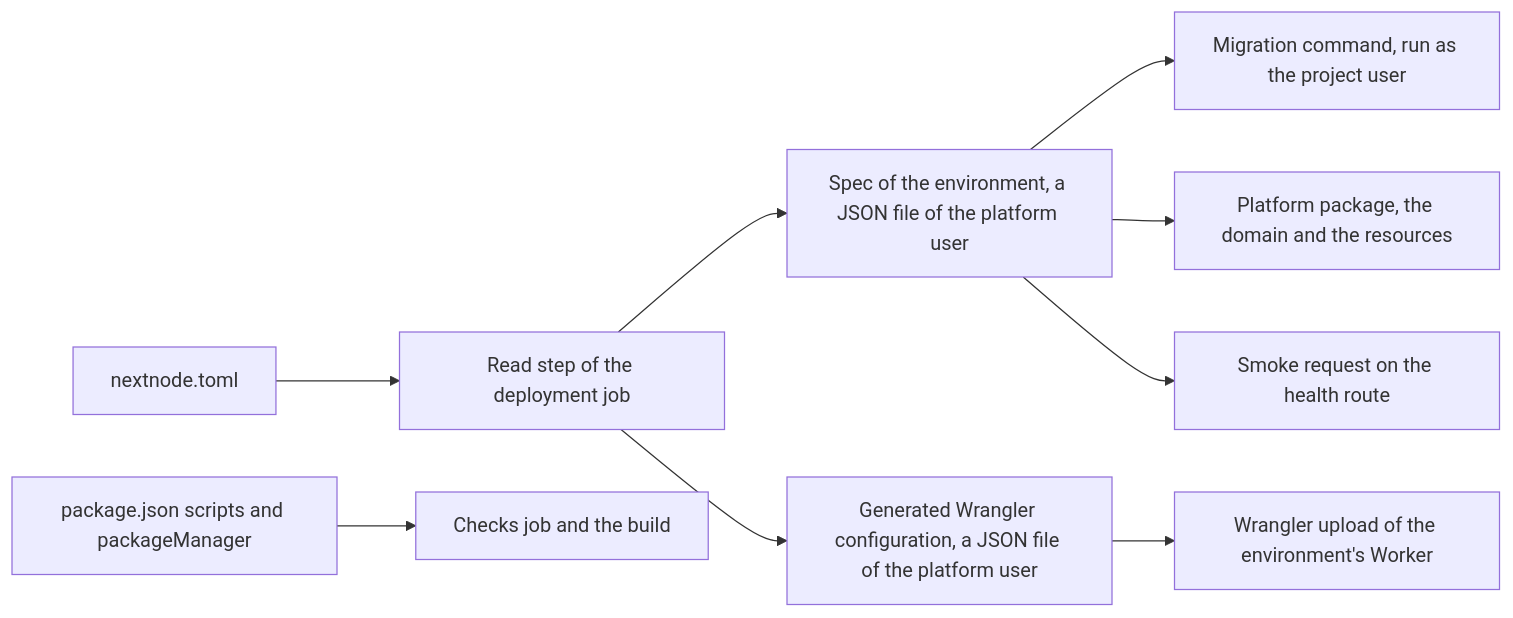
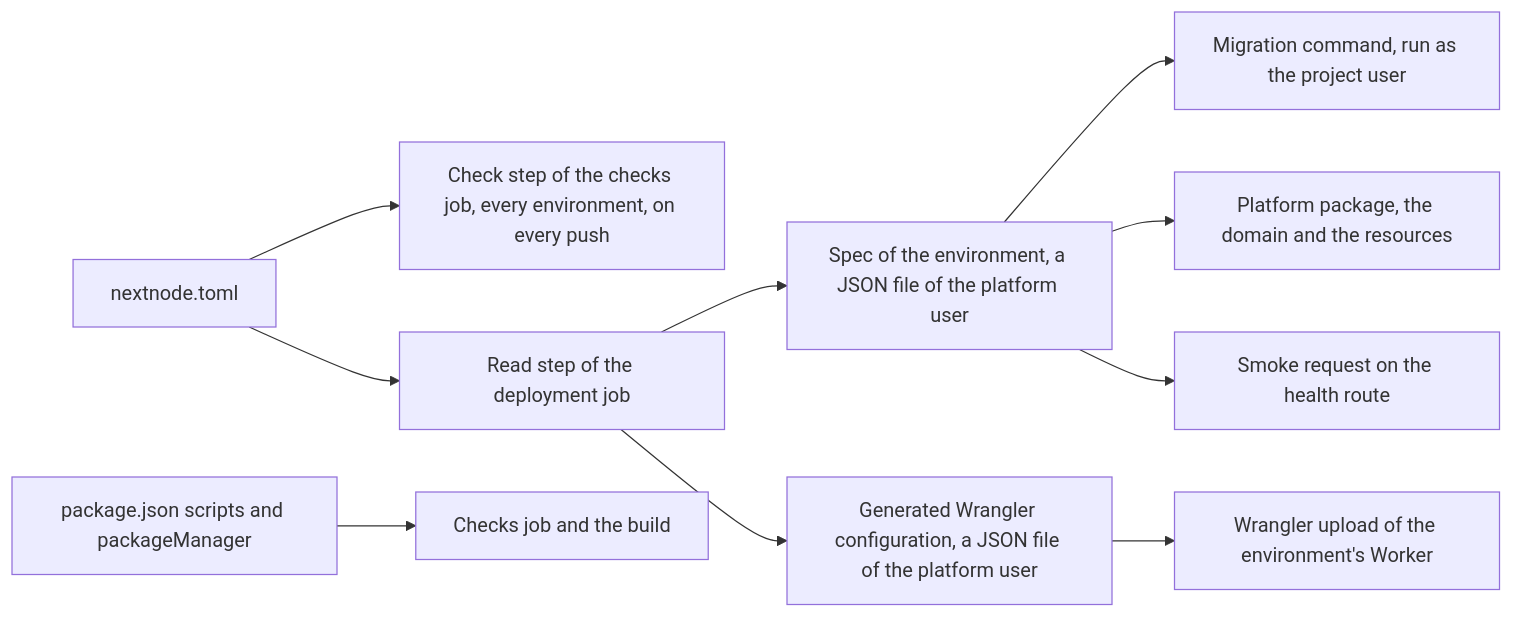
The first of 2 diagrams in docs/configuration.md (NextNodeSolutions/infrastructure), drawn with Mermaid before and after one commit. The commit also changed other lines of this file and 4 other files, not shown here.

Commit message:
ci: the checks job reads nextnode.toml for every environment before any project code (#15)

````diff
--- a/docs/configuration.md
+++ b/docs/configuration.md
@@ -5,11 +5,12 @@
 ```mermaid
 flowchart LR
-    T[nextnode.toml] --> R[Read step of the deployment job]
+    T[nextnode.toml] --> X[Check step of the checks job, every environment, on every push]
+    T --> R[Read step of the deployment job]
     R --> S[Spec of the environment, a JSON file of the platform user]
     R --> G[Generated Wrangler configuration, a JSON file of the platform user]
     S --> M[Migration command, run as the project user]
     G --> U[Wrangler upload of the environment's Worker]
     S --> P[Platform package, the domain and the resources]
     S --> H[Smoke request on the health route]
     K[package.json scripts and packageManager] --> C[Checks job and the build]
 ```
````
